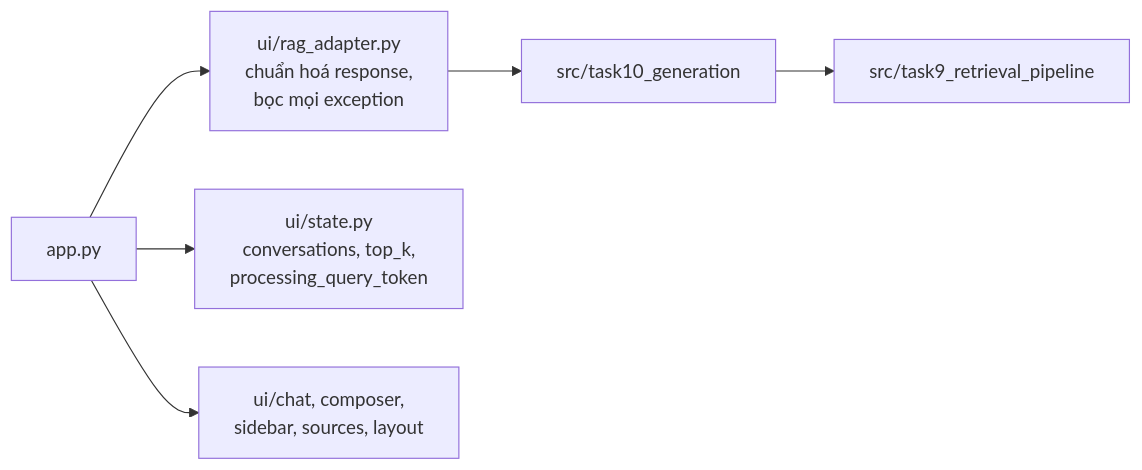
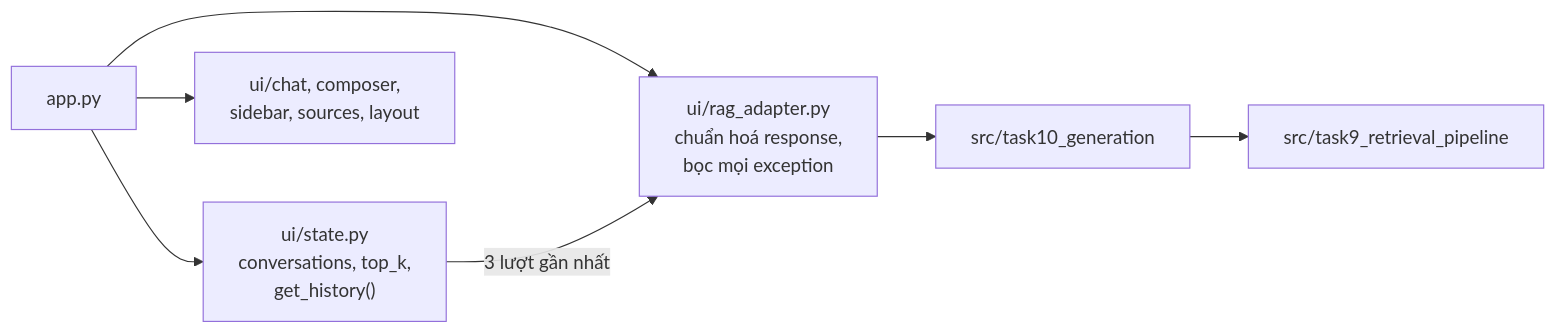
One commit to elnino282/K4-Day08-RAG-Pipeline changed the second of 3 diagrams in group_project/README.md. Above: the diagram before and after it, drawn with Mermaid. The commit also changed other lines of this file and 9 other files, not shown here.

````diff
--- a/group_project/README.md
+++ b/group_project/README.md
@@ -110,8 +108,9 @@
 ```mermaid
 flowchart LR
     APP["app.py"] --> ADAPT["ui/rag_adapter.py<br/>chuẩn hoá response,<br/>bọc mọi exception"]
-    APP --> STATE["ui/state.py<br/>conversations, top_k,<br/>processing_query_token"]
+    APP --> STATE["ui/state.py<br/>conversations, top_k,<br/>get_history()"]
     APP --> VIEW["ui/chat, composer,<br/>sidebar, sources, layout"]
+    STATE -->|"3 lượt gần nhất"| ADAPT
     ADAPT --> GEN["src/task10_generation"]
     GEN --> PIPE["src/task9_retrieval_pipeline"]
 ```
````
